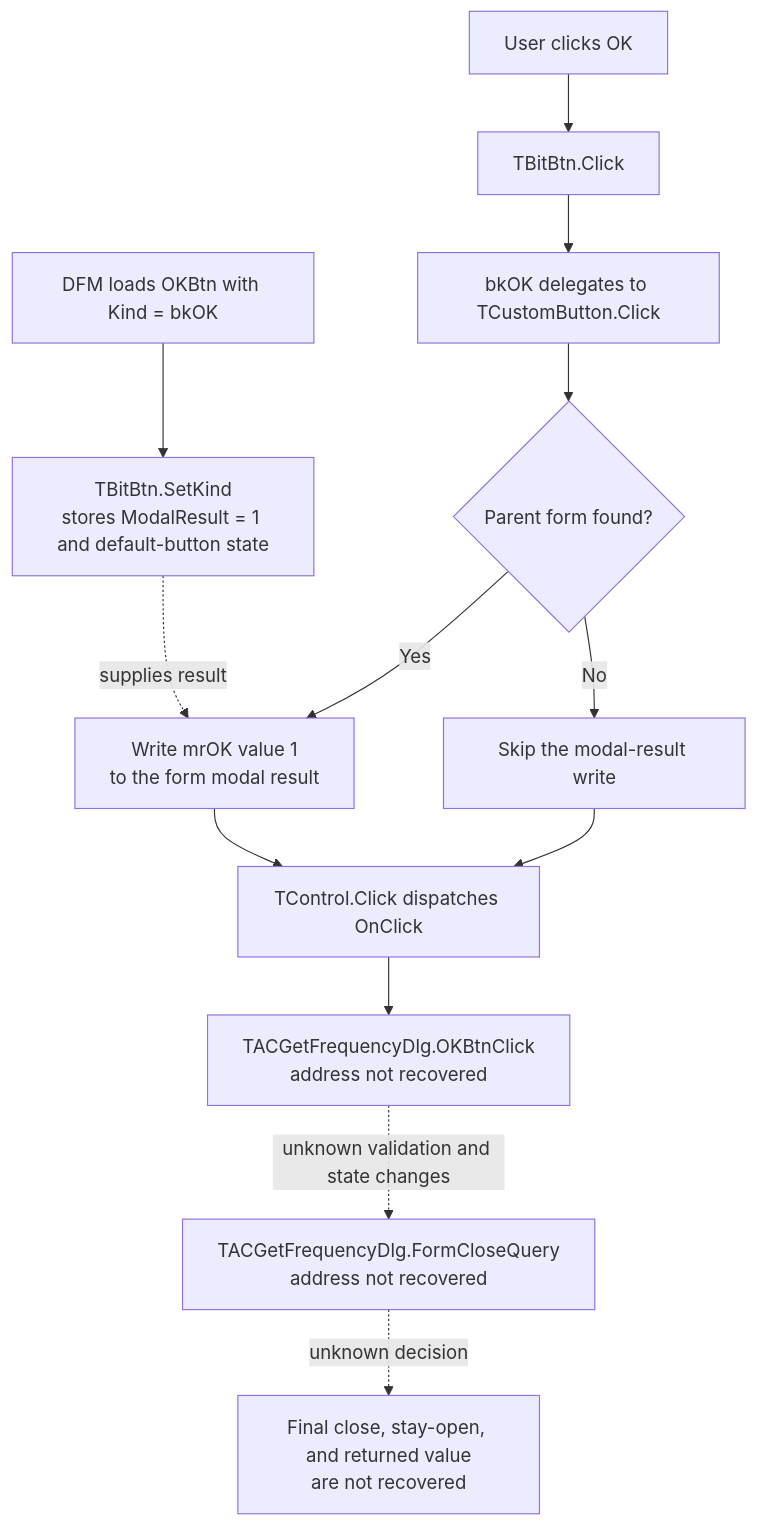
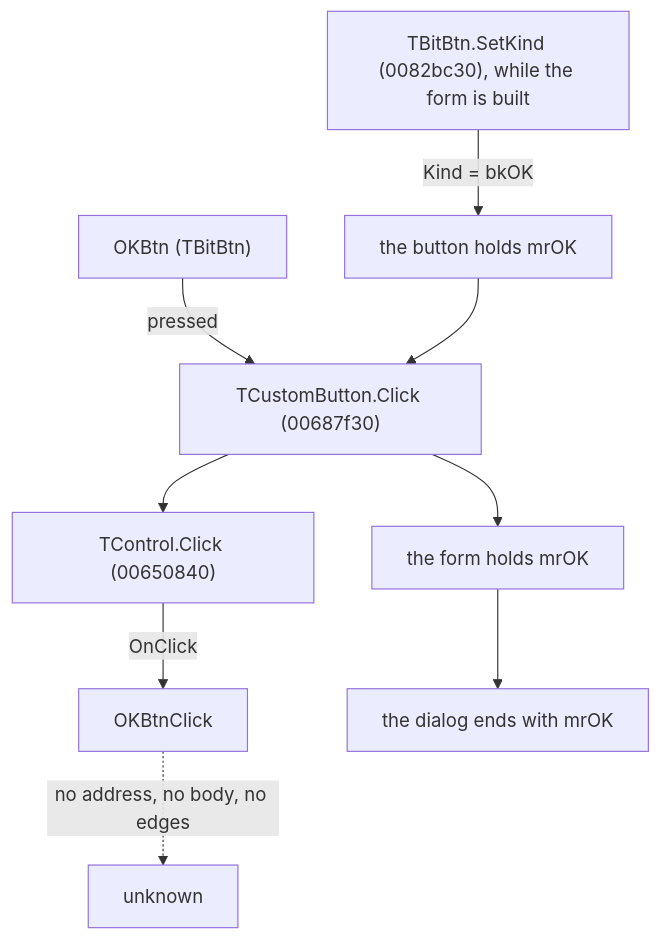
The diagram in docs/ui-controls/acgetfrequencydlg/okbtn-0a748d5031.md (MovGP0/TIARA), drawn with Mermaid before and after one commit. The commit also changed other lines of this file and 106 other files, not shown here.

````diff
--- a/docs/ui-controls/acgetfrequencydlg/okbtn-0a748d5031.md
+++ b/docs/ui-controls/acgetfrequencydlg/okbtn-0a748d5031.md
@@ -49,15 +31,14 @@
 ```mermaid
 flowchart TD
-    resource["DFM loads OKBtn with Kind = bkOK"] --> kindSetter["TBitBtn.SetKind<br/>stores ModalResult = 1 and default-button state"]
-    click["User clicks OK"] --> bitClick["TBitBtn.Click"]
-    bitClick --> inherited["bkOK delegates to TCustomButton.Click"]
-    inherited --> parent{"Parent form found?"}
-    parent -->|Yes| request["Write mrOK value 1<br/>to the form modal result"]
-    parent -->|No| noRequest["Skip the modal-result write"]
-    request --> dispatch["TControl.Click dispatches OnClick"]
-    noRequest --> dispatch
-    kindSetter -. supplies result .-> request
-    dispatch --> custom["TACGetFrequencyDlg.OKBtnClick<br/>address not recovered"]
-    custom -. unknown validation and state changes .-> closeQuery["TACGetFrequencyDlg.FormCloseQuery<br/>address not recovered"]
-    closeQuery -. unknown decision .-> outcome["Final close, stay-open, and returned value<br/>are not recovered"]
+    control["OKBtn (TBitBtn)"]
+    handler["OKBtnClick"]
+    setkind["TBitBtn.SetKind (0082bc30), while the form is built"]
+    setkind -->|"Kind = bkOK"| held["the button holds mrOK"]
+    control -->|"pressed"| press["TCustomButton.Click (00687f30)"]
+    held --> press
+    press --> onform["the form holds mrOK"]
+    press --> dispatch["TControl.Click (00650840)"]
+    dispatch -->|"OnClick"| handler
+    onform --> close["the dialog ends with mrOK"]
+    handler -.->|"no address, no body, no edges"| gone["unknown"]
 ```
````
